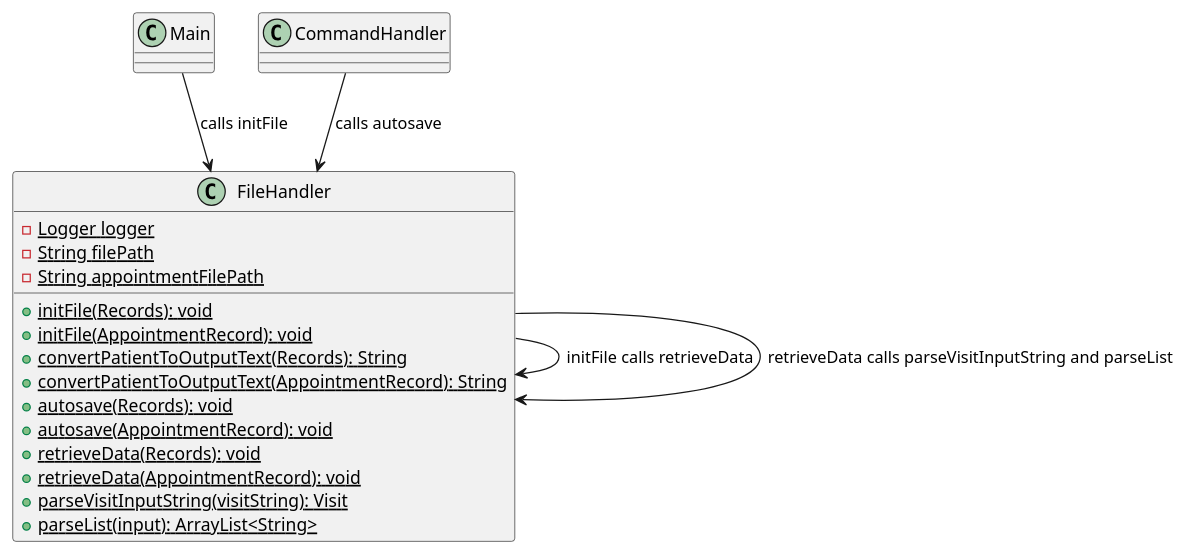
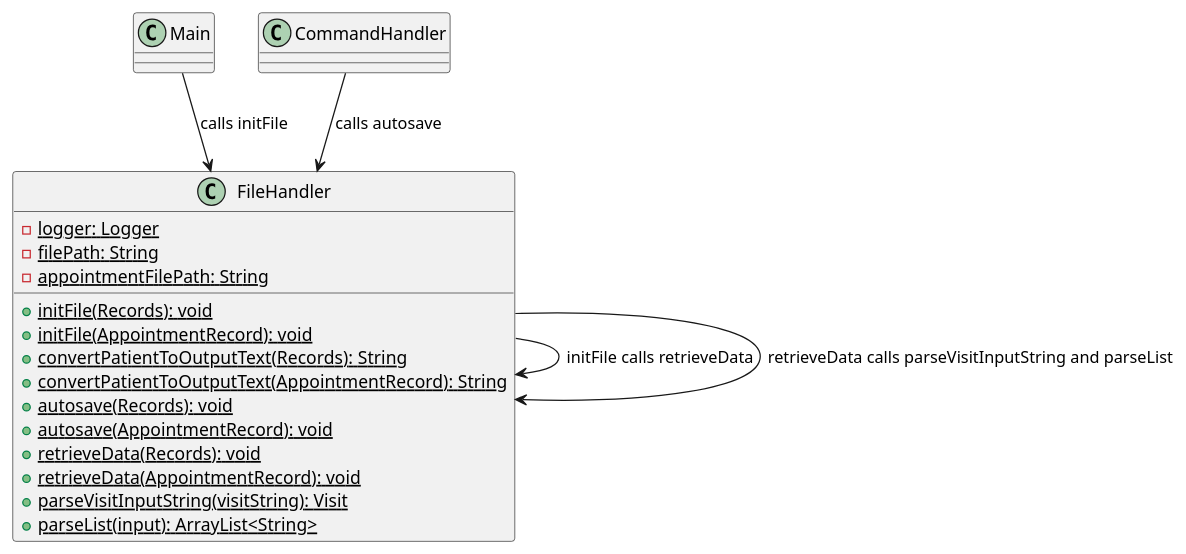
Before and after one commit to yentheng0110/tp: the diagram in docs/FileHandler.puml, drawn with PlantUML. The commit also changed 7 other files, not shown here.

Commit message:
Add the addVisit implementation, object diagrams and sequence diagram in the Developer Guide (DG) and modify DG in general after proofreading

```diff
--- a/docs/FileHandler.puml
+++ b/docs/FileHandler.puml
@@ -1,28 +1,28 @@
 @startuml
 'https://plantuml.com/class-diagram
 
 class FileHandler {
-  -{static} Logger logger
-  -{static} String filePath
-  -{static} String appointmentFilePath
+  -{static} logger: Logger
+  -{static} filePath: String
+  -{static} appointmentFilePath: String
   +{static} initFile(Records): void
   +{static} initFile(AppointmentRecord): void
   +{static} convertPatientToOutputText(Records): String
   +{static} convertPatientToOutputText(AppointmentRecord): String
   +{static} autosave(Records): void
   +{static} autosave(AppointmentRecord): void
   +{static} retrieveData(Records): void
   +{static} retrieveData(AppointmentRecord): void
   +{static} parseVisitInputString(visitString): Visit
   +{static} parseList(input): ArrayList<String>
 }
 
 class Main {}
 class CommandHandler {}
 
 CommandHandler --> FileHandler: calls autosave
 Main --> FileHandler: calls initFile
 FileHandler --> FileHandler: initFile calls retrieveData
 FileHandler --> FileHandler: retrieveData calls parseVisitInputString and parseList
 
 @enduml
```
